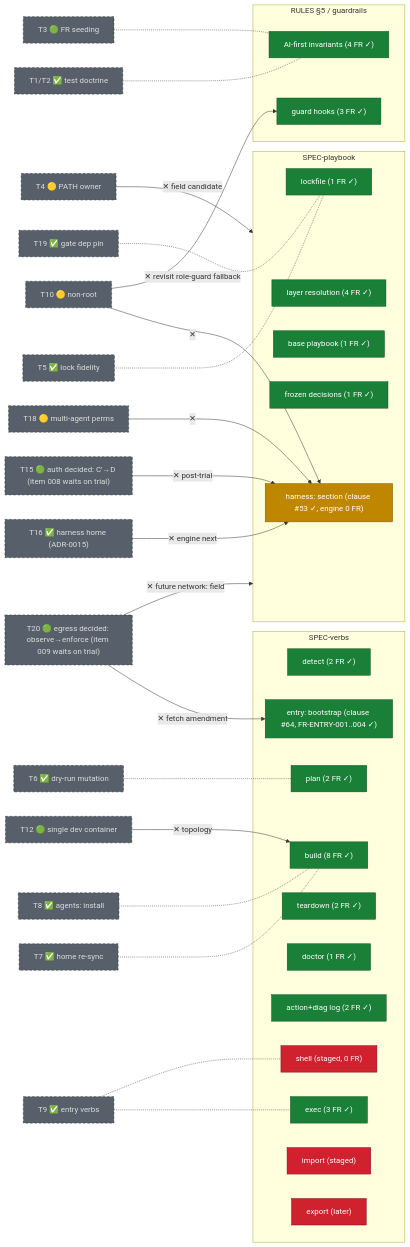
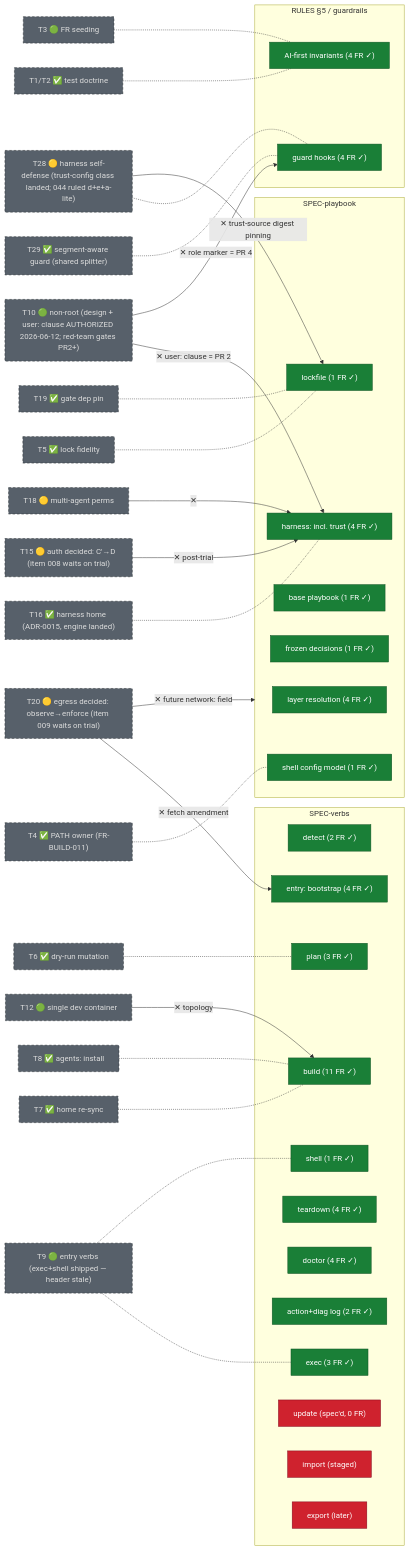
The diagram in docs/spec-map.md (iVersatile/loom), drawn with Mermaid before and after one commit. The commit also changed other lines of this file and 1 other file, not shown here.

Commit message:
docs: spec-map r3 — yellow band cleared, guard frontier, T28-lockfile edge (queue row rides)

````diff
--- a/docs/spec-map.md
+++ b/docs/spec-map.md
@@ -15,54 +15,59 @@
 ```mermaid
 flowchart LR
   classDef done fill:#1a7f37,color:#fff,stroke:#0f5223
   classDef inprog fill:#bf8700,color:#fff,stroke:#7a5600
   classDef untouched fill:#cf222e,color:#fff,stroke:#82071e
   classDef shadow fill:#57606a,color:#ddd,stroke:#24292f,stroke-dasharray: 5 4
 
   subgraph SV["SPEC-verbs"]
     detect["detect (2 FR ✓)"]:::done
-    plan["plan (2 FR ✓)"]:::done
-    build["build (8 FR ✓)"]:::done
+    plan["plan (3 FR ✓)"]:::done
+    build["build (11 FR ✓)"]:::done
     exec["exec (3 FR ✓)"]:::done
-    teardown["teardown (2 FR ✓)"]:::done
-    doctor["doctor (1 FR ✓)"]:::done
+    shell["shell (1 FR ✓)"]:::done
+    teardown["teardown (4 FR ✓)"]:::done
+    doctor["doctor (4 FR ✓)"]:::done
     logs["action+diag log (2 FR ✓)"]:::done
-    shell["shell (staged, 0 FR)"]:::untouched
-    bootstrap["entry: bootstrap (clause #64, FR-ENTRY-001..004 ✓)"]:::done
+    bootstrap["entry: bootstrap (4 FR ✓)"]:::done
+    update["update (spec'd, 0 FR)"]:::untouched
     import["import (staged)"]:::untouched
     export["export (later)"]:::untouched
   end
 
   subgraph SP["SPEC-playbook"]
     layers["layer resolution (4 FR ✓)"]:::done
     lock["lockfile (1 FR ✓)"]:::done
     basepb["base playbook (1 FR ✓)"]:::done
     frozen["frozen decisions (1 FR ✓)"]:::done
-    harness["harness: section (clause #53 ✓, engine 0 FR)"]:::inprog
+    harness["harness: incl. trust (4 FR ✓)"]:::done
+    shellcfg["shell config model (1 FR ✓)"]:::done
   end
 
   subgraph RG["RULES §5 / guardrails"]
     inv["AI-first invariants (4 FR ✓)"]:::done
-    guards["guard hooks (3 FR ✓)"]:::done
+    guards["guard hooks (4 FR ✓)"]:::done
   end
 
   T5["T5 ✅ lock fidelity"]:::shadow -.- lock
   T6["T6 ✅ dry-run mutation"]:::shadow -.- plan
   T7["T7 ✅ home re-sync"]:::shadow -.- build
   T8["T8 ✅ agents: install"]:::shadow -.- build
-  T9["T9 ✅ entry verbs"]:::shadow -.- exec
+  T9["T9 🟢 entry verbs (exec+shell shipped — header stale)"]:::shadow -.- exec
   T9 -.- shell
   T19["T19 ✅ gate dep pin"]:::shadow -.- lock
   T1T2["T1/T2 ✅ test doctrine"]:::shadow -.- inv
   T3["T3 🟢 FR seeding"]:::shadow -.- inv
+  T4["T4 ✅ PATH owner (FR-BUILD-011)"]:::shadow -.- shellcfg
+  T16["T16 ✅ harness home (ADR-0015, engine landed)"]:::shadow -.- harness
+  T29["T29 ✅ segment-aware guard (shared splitter)"]:::shadow -.- guards
 
-  T16["T16 ✅ harness home (ADR-0015)"]:::shadow -->|✕ engine next| harness
-  T10["T10 🟡 non-root"]:::shadow -->|✕| harness
-  T10 -->|✕ revisit role-guard fallback| guards
-  T20["T20 🟢 egress decided: observe→enforce (item 009 waits on trial)"]:::shadow -->|✕ fetch amendment| bootstrap
-  T20 -->|✕ future network: field| SP
-  T15["T15 🟢 auth decided: C′→D (item 008 waits on trial)"]:::shadow -->|✕ post-trial| harness
-  T18["T18 🟡 multi-agent perms"]:::shadow -->|✕| harness
-  T4["T4 🟡 PATH owner"]:::shadow -->|✕ field candidate| SP
-  T12["T12 🟢 single dev container"]:::shadow -->|✕ topology| build
+  T10["T10 🟢 non-root (design + user: clause AUTHORIZED 2026-06-12; red-team gates PR2+)"]:::shadow -->|"✕ user: clause = PR 2"| harness
+  T10 -->|"✕ role marker = PR 4"| guards
+  T20["T20 🟡 egress decided: observe→enforce (item 009 waits on trial)"]:::shadow -->|"✕ fetch amendment"| bootstrap
+  T20 -->|"✕ future network: field"| SP
+  T15["T15 🟡 auth decided: C′→D (item 008 waits on trial)"]:::shadow -->|"✕ post-trial"| harness
+  T18["T18 🟡 multi-agent perms"]:::shadow -->|"✕"| harness
+  T28["T28 🟡 harness self-defense (trust-config class landed; 044 ruled d+e+a-lite)"]:::shadow -.- guards
+  T28 -->|"✕ trust-source digest pinning"| lock
+  T12["T12 🟢 single dev container"]:::shadow -->|"✕ topology"| build
 ```
````
